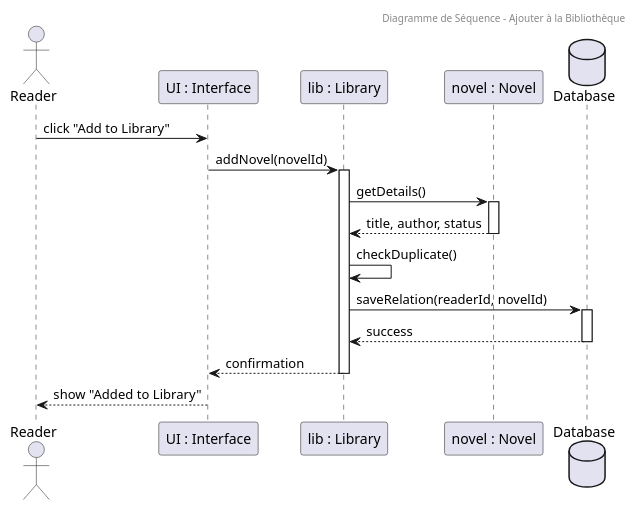
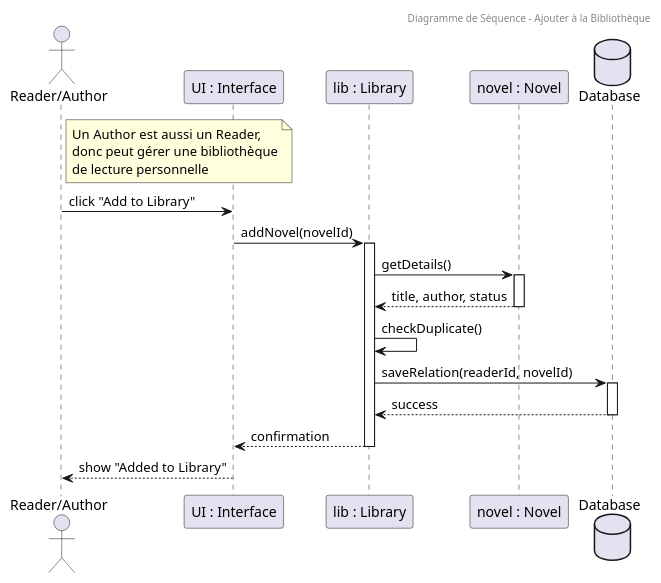
The diagram in src/Sequence/library.wsd (matthieuzajac/UML_project), drawn with PlantUML before and after one commit. The commit also changed 9 other files, not shown here.

Commit message:
Modify UML diagrams: Author inherits from Reader and simplify Use Case diagram

```diff
--- a/src/Sequence/library.wsd
+++ b/src/Sequence/library.wsd
@@ -1,24 +1,30 @@
 @startuml adding novel to library
 header Diagramme de Séquence - Ajouter à la Bibliothèque
-actor Reader as R
+actor "Reader/Author" as R
 participant "UI : Interface" as UI
 participant "lib : Library" as L
 participant "novel : Novel" as N
 database "Database" as DB
+
+note right of R
+  Un Author est aussi un Reader,
+  donc peut gérer une bibliothèque
+  de lecture personnelle
+end note
 
 R -> UI : click "Add to Library"
 UI -> L : addNovel(novelId)
 activate L
 L -> N : getDetails()
 activate N
 N --> L : title, author, status
 deactivate N
 L -> L : checkDuplicate()
 L -> DB : saveRelation(readerId, novelId)
 activate DB
 DB --> L : success
 deactivate DB
 L --> UI : confirmation
 deactivate L
 UI --> R : show "Added to Library"
 @enduml
```
